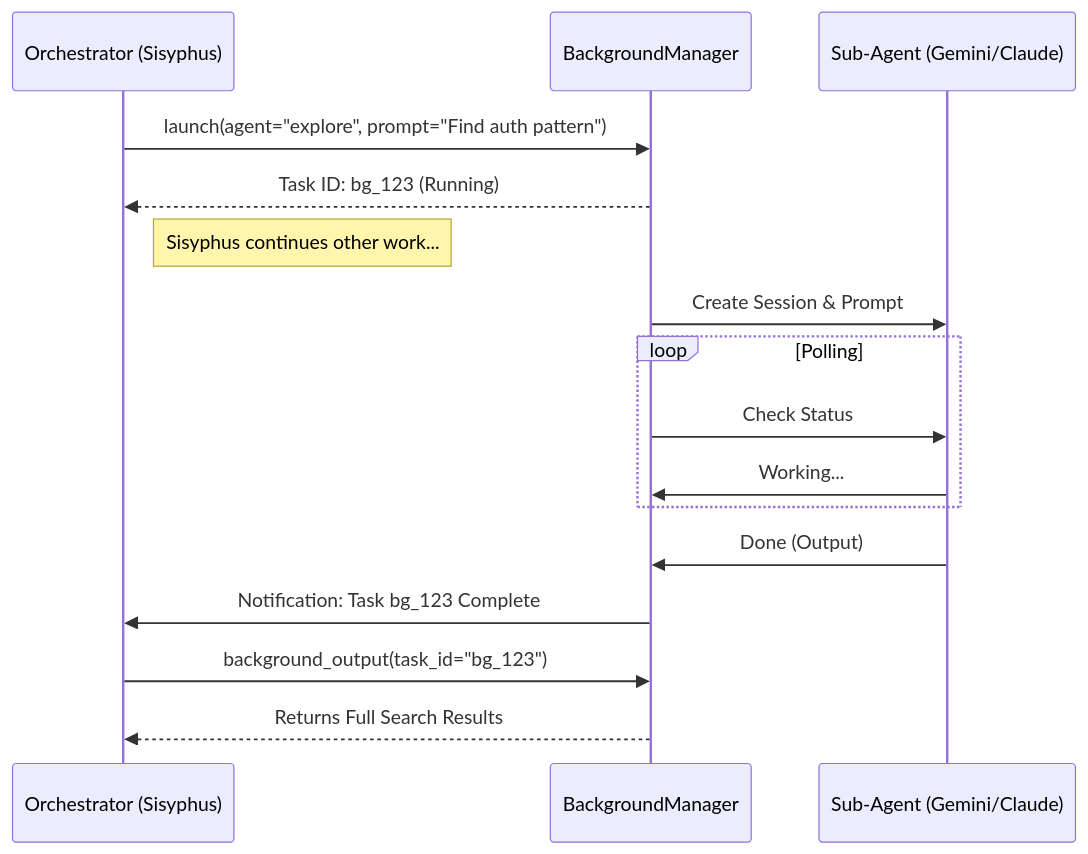
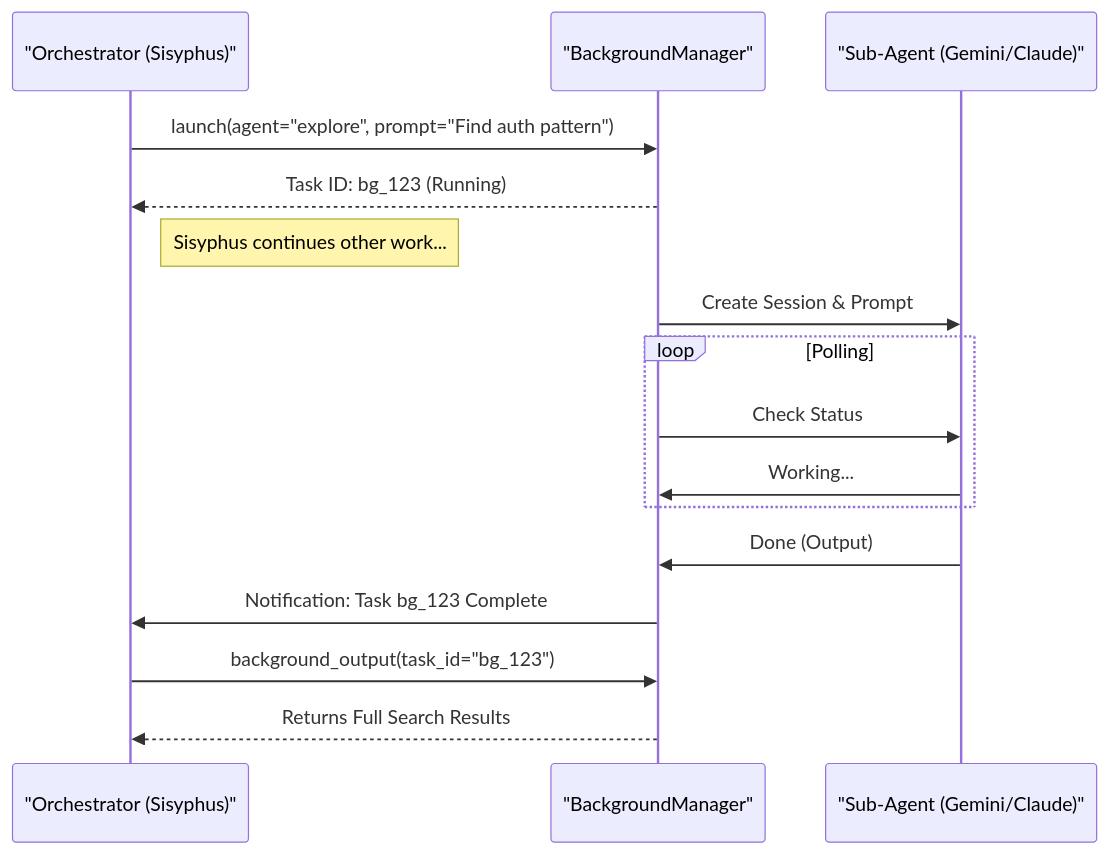
The second of 2 diagrams in SISYPHUS_ARCHITECTURE.md (kevinz/oh-my-opencode), drawn with Mermaid before and after one commit. The commit also changed 1 other file, not shown here.

Commit message:
Fix Mermaid syntax in architecture diagrams
- Quote all Mermaid node labels and participant aliases containing parentheses in both English and Chinese documentation
- Ensure robust rendering across all Markdown parsers

````diff
--- a/SISYPHUS_ARCHITECTURE.md
+++ b/SISYPHUS_ARCHITECTURE.md
@@ -91,22 +91,22 @@
 ```mermaid
 sequenceDiagram
-    participant Orch as Orchestrator (Sisyphus)
-    participant Mgr as BackgroundManager
-    participant Sub as Sub-Agent (Gemini/Claude)
+    participant Orch as "Orchestrator (Sisyphus)"
+    participant Mgr as "BackgroundManager"
+    participant Sub as "Sub-Agent (Gemini/Claude)"
 
     Orch->>Mgr: launch(agent="explore", prompt="Find auth pattern")
     Mgr-->>Orch: Task ID: bg_123 (Running)
     Note right of Orch: Sisyphus continues other work...
 
     Mgr->>Sub: Create Session & Prompt
     loop Polling
         Mgr->>Sub: Check Status
         Sub->>Mgr: Working...
     end
 
     Sub->>Mgr: Done (Output)
     Mgr->>Orch: Notification: Task bg_123 Complete
 
     Orch->>Mgr: background_output(task_id="bg_123")
     Mgr-->>Orch: Returns Full Search Results
 ```
````
